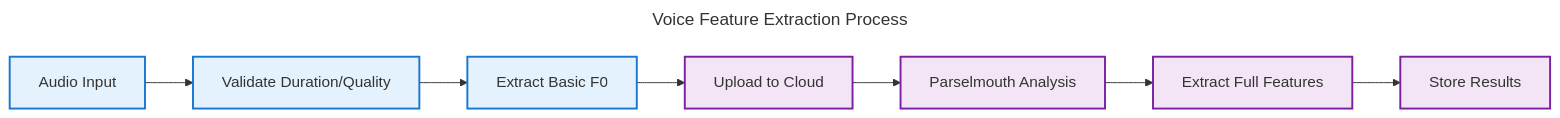
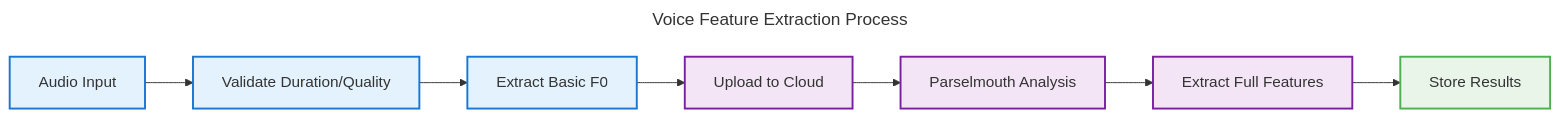
The second of 2 diagrams in CLINICAL_VALIDATION_PIPELINE.md (PoisonIvory/sage), drawn with Mermaid before and after one commit. The commit also changed other lines of this file, not shown here.

````diff
--- a/CLINICAL_VALIDATION_PIPELINE.md
+++ b/CLINICAL_VALIDATION_PIPELINE.md
@@ -58,18 +62,20 @@
 ```mermaid
 ---
 title: Voice Feature Extraction Process
 ---
 flowchart LR
     A[Audio Input] --> B[Validate Duration/Quality]
     B --> C[Extract Basic F0]
     C --> D[Upload to Cloud]
     D --> E[Parselmouth Analysis]
     E --> F[Extract Full Features]
     F --> G[Store Results]
     
     classDef local fill:#e3f2fd,stroke:#1976d2,stroke-width:2px
     classDef cloud fill:#f3e5f5,stroke:#7b1fa2,stroke-width:2px
+    classDef storage fill:#e8f5e8,stroke:#4caf50,stroke-width:2px
     
     class A,B,C local
-    class D,E,F,G cloud
+    class D,E,F cloud
+    class G storage
 ```
````
